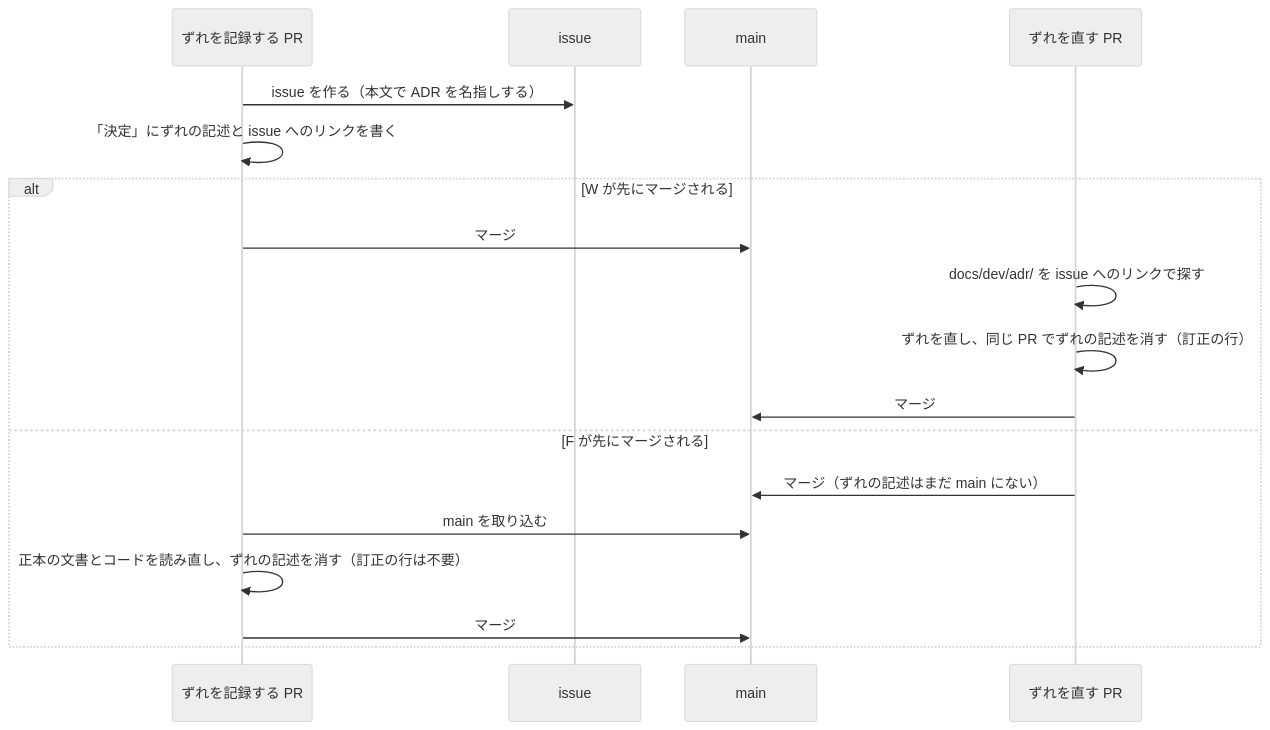
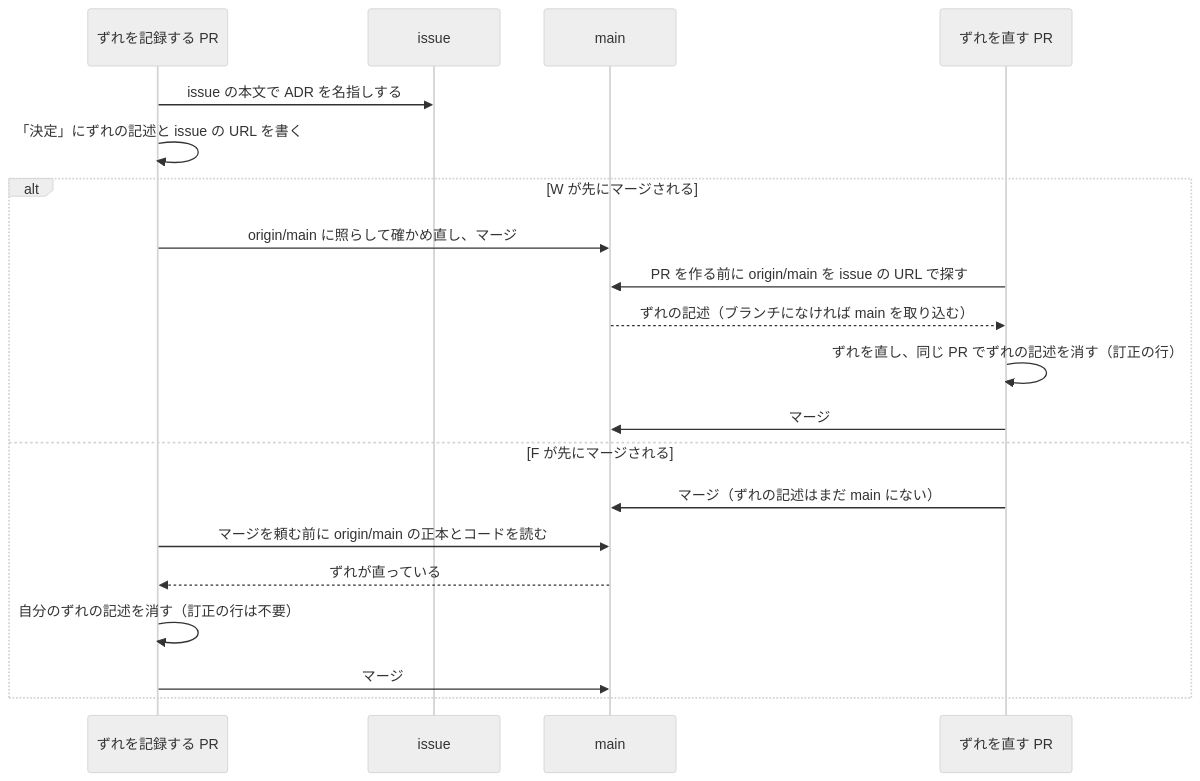
Before and after one commit to isseis/yt2column: the fifth of 5 diagrams in docs/tasks/0070_adr_writing_criteria/02_architecture.md, drawn with Mermaid (neutral theme). The commit also changed other lines of this file and 1 other file, not shown here.

First line of the commit message:
docs(0070): address architecture review and polish Japanese prose

````diff
--- a/docs/tasks/0070_adr_writing_criteria/02_architecture.md
+++ b/docs/tasks/0070_adr_writing_criteria/02_architecture.md
@@ -517,21 +618,23 @@
 ```mermaid
 sequenceDiagram
     participant W as ずれを記録する PR
     participant I as issue
     participant M as main
     participant F as ずれを直す PR
 
-    W->>I: issue を作る（本文で ADR を名指しする）
-    W->>W: 「決定」にずれの記述と issue へのリンクを書く
+    W->>I: issue の本文で ADR を名指しする
+    W->>W: 「決定」にずれの記述と issue の URL を書く
     alt W が先にマージされる
-        W->>M: マージ
-        F->>F: docs/dev/adr/ を issue へのリンクで探す
+        W->>M: origin/main に照らして確かめ直し、マージ
+        F->>M: PR を作る前に origin/main を issue の URL で探す
+        M-->>F: ずれの記述（ブランチになければ main を取り込む）
         F->>F: ずれを直し、同じ PR でずれの記述を消す（訂正の行）
         F->>M: マージ
     else F が先にマージされる
         F->>M: マージ（ずれの記述はまだ main にない）
-        W->>M: main を取り込む
-        W->>W: 正本の文書とコードを読み直し、ずれの記述を消す（訂正の行は不要）
+        W->>M: マージを頼む前に origin/main の正本とコードを読む
+        M-->>W: ずれが直っている
+        W->>W: 自分のずれの記述を消す（訂正の行は不要）
         W->>M: マージ
     end
 ```
````
